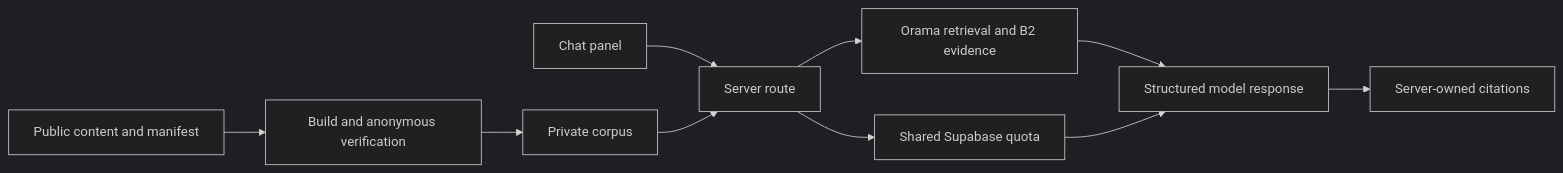
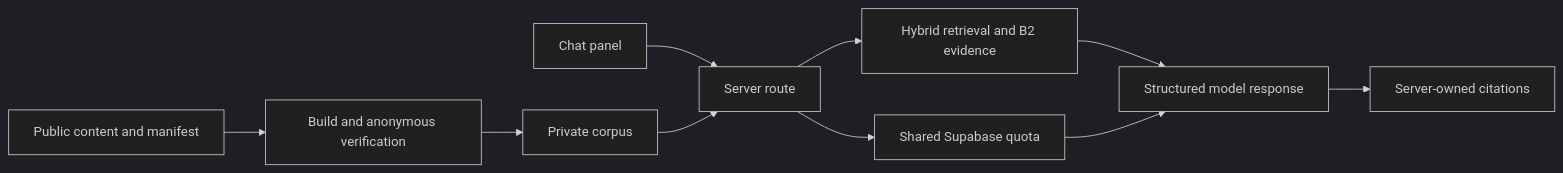
The diagram in README.md (vincentlow02/portfolio-ai-source-kit), drawn with Mermaid (dark theme) before and after one commit. The commit also changed other lines of this file and 28 other files, not shown here.

Commit message:
Make hybrid retrieval the default

````diff
--- a/README.md
+++ b/README.md
@@ -146,12 +146,12 @@
 ```mermaid
 flowchart LR
   A[Public content and manifest] --> B[Build and anonymous verification]
   B --> C[Private corpus]
   D[Chat panel] --> E[Server route]
   C --> E
-  E --> F[Orama retrieval and B2 evidence]
+  E --> F[Hybrid retrieval and B2 evidence]
   E --> G[Shared Supabase quota]
   F --> H[Structured model response]
   G --> H
   H --> I[Server-owned citations]
 ```
````
